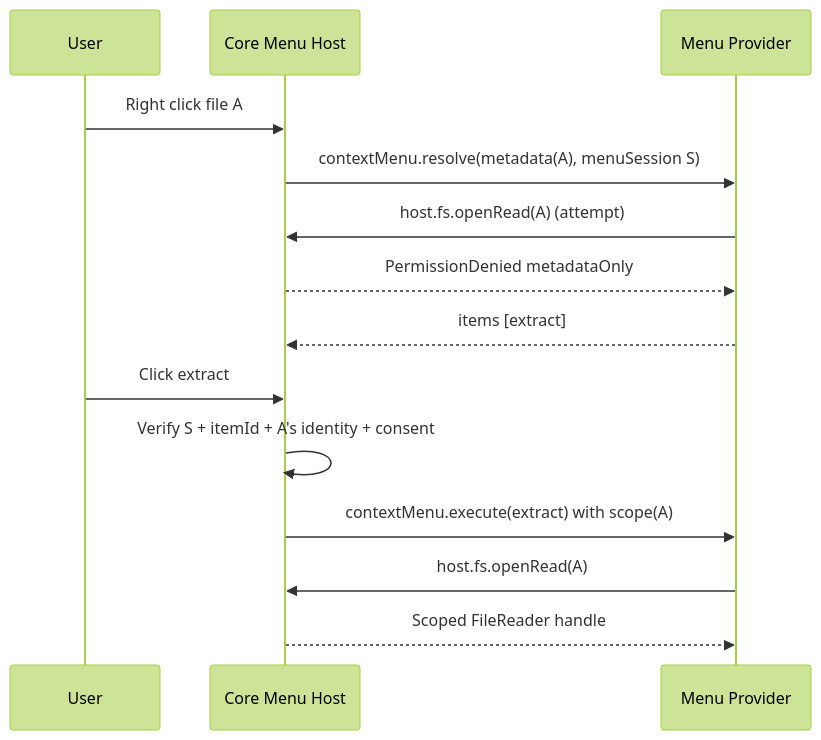
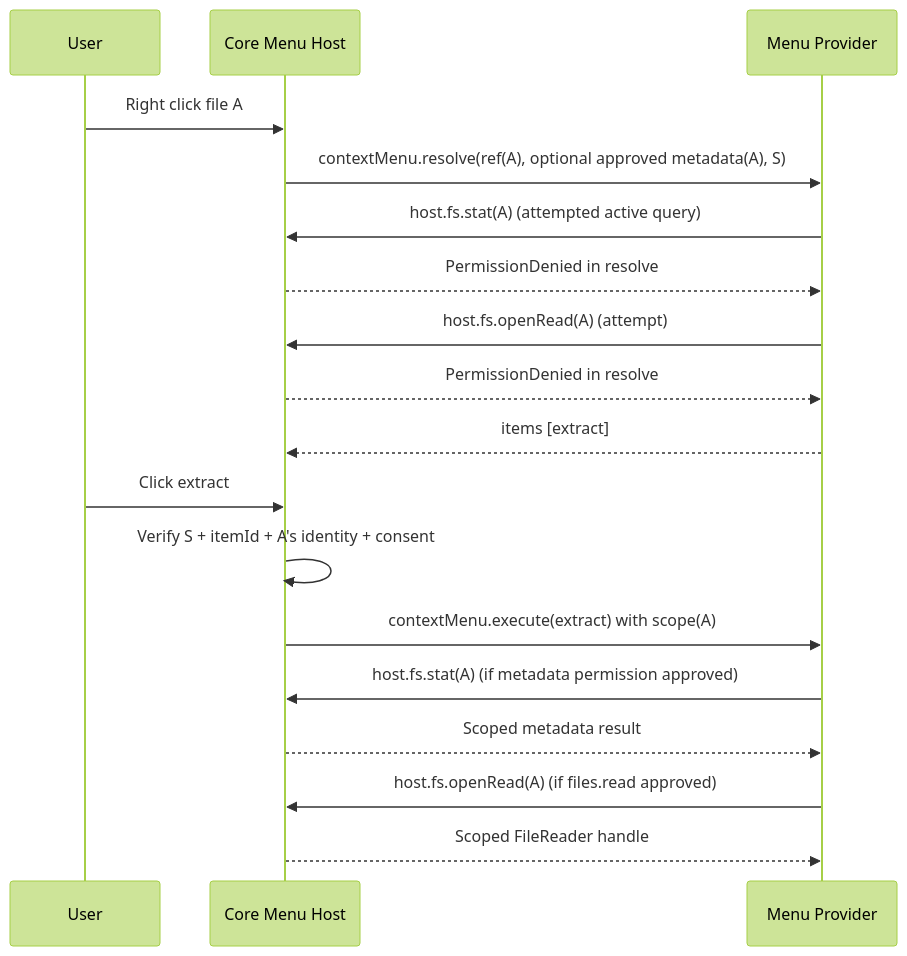
The third of 5 diagrams in docs/plugins/06-SECURITY-LIFECYCLE.md (kevinhuang001/fiex), drawn with Mermaid (forest theme) before and after one commit. The commit also changed other lines of this file and 7 other files, not shown here.

Commit message:
docs: unify file-folder enabled permissions and scoped metadata push; localize search

````diff
--- a/docs/plugins/06-SECURITY-LIFECYCLE.md
+++ b/docs/plugins/06-SECURITY-LIFECYCLE.md
@@ -53,16 +53,20 @@
 ```mermaid
 sequenceDiagram
   participant U as User
   participant H as Core Menu Host
   participant P as Menu Provider
   U->>H: Right click file A
-  H->>P: contextMenu.resolve(metadata(A), menuSession S)
+  H->>P: contextMenu.resolve(ref(A), optional approved metadata(A), S)
+  P->>H: host.fs.stat(A) (attempted active query)
+  H-->>P: PermissionDenied in resolve
   P->>H: host.fs.openRead(A) (attempt)
-  H-->>P: PermissionDenied metadataOnly
+  H-->>P: PermissionDenied in resolve
   P-->>H: items [extract]
   U->>H: Click extract
   H->>H: Verify S + itemId + A's identity + consent
   H->>P: contextMenu.execute(extract) with scope(A)
-  P->>H: host.fs.openRead(A)
+  P->>H: host.fs.stat(A) (if metadata permission approved)
+  H-->>P: Scoped metadata result
+  P->>H: host.fs.openRead(A) (if files.read approved)
   H-->>P: Scoped FileReader handle
 ```
````
